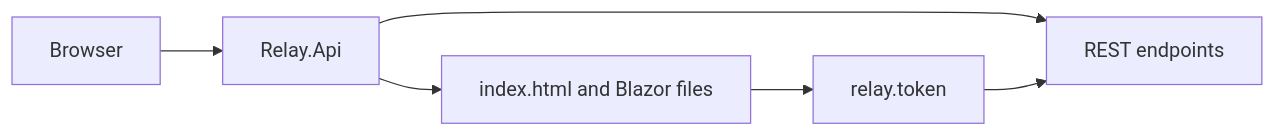
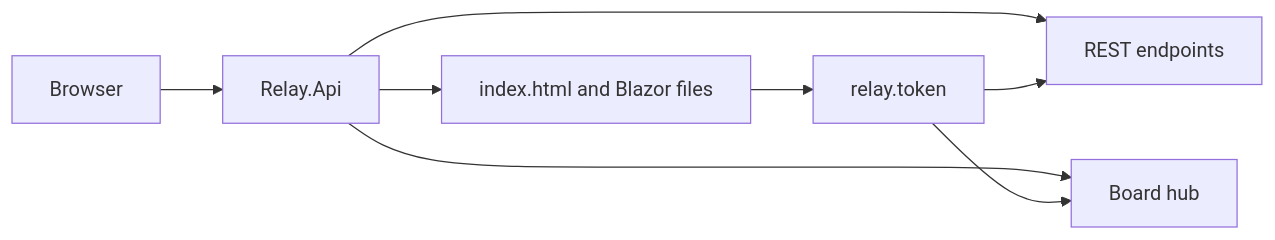
Before and after one commit to justarunsthing/Relay: the first of 6 diagrams in docs/api.md, drawn with Mermaid. The commit also changed other lines of this file and 6 other files, not shown here.

Commit message:
Keep an open board in sync by applying hub events as they arrive.

````diff
--- a/docs/api.md
+++ b/docs/api.md
@@ -5,8 +5,10 @@
 ```mermaid
 flowchart LR
     browser[Browser] --> host[Relay.Api]
     host --> pages[index.html and Blazor files]
     host --> api[REST endpoints]
+    host --> hub[Board hub]
     pages --> stored[relay.token]
     stored --> api
+    stored --> hub
 ```
````
